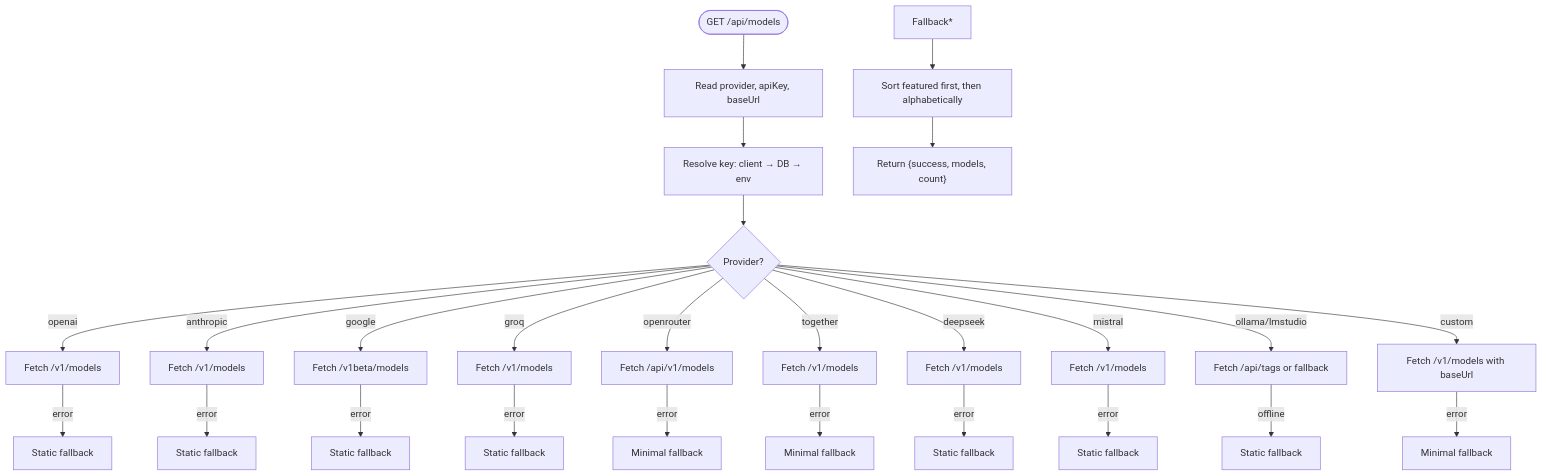
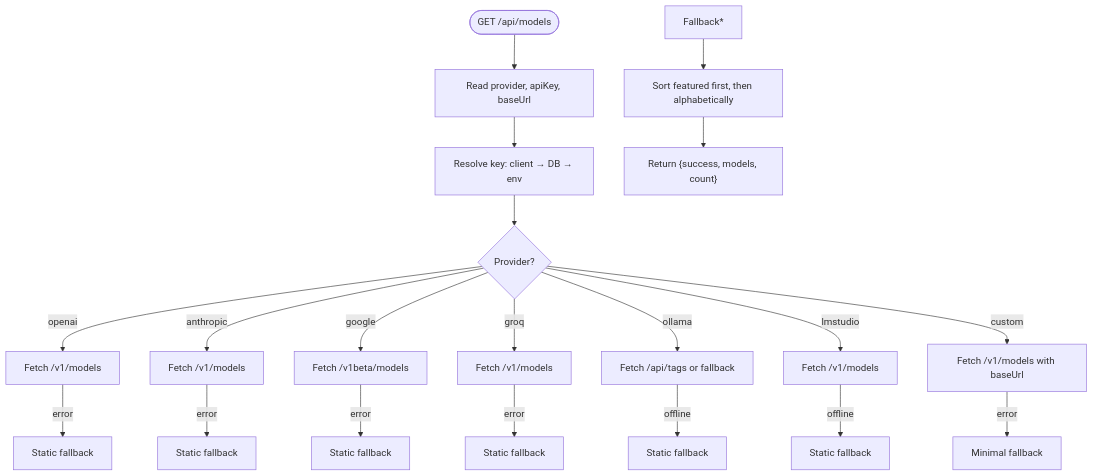
The seventh of 12 diagrams in .qoder/repowiki/en/content/AI Generation Engine/Model Configuration & Selection/Model Configuration & Selection.md (shekhargiri005-dotcom/AI-powered-accessibility-first-UI-engine), drawn with Mermaid before and after one commit. The commit also changed other lines of this file and 9 other files, not shown here.

````diff
--- a/.qoder/repowiki/en/content/AI Generation Engine/Model Configuration & Selection/Model Configuration & Selection.md
+++ b/.qoder/repowiki/en/content/AI Generation Engine/Model Configuration & Selection/Model Configuration & Selection.md
@@ -390,28 +399,22 @@
 ```mermaid
 flowchart TD
 Start(["GET /api/models"]) --> ReadParams["Read provider, apiKey, baseUrl"]
 ReadParams --> ResolveKey["Resolve key: client → DB → env"]
 ResolveKey --> SwitchProvider{"Provider?"}
 SwitchProvider --> |openai| FetchOpenAI["Fetch /v1/models"]
 SwitchProvider --> |anthropic| FetchAnthropic["Fetch /v1/models"]
 SwitchProvider --> |google| FetchGoogle["Fetch /v1beta/models"]
 SwitchProvider --> |groq| FetchGroq["Fetch /v1/models"]
-SwitchProvider --> |openrouter| FetchOpenRouter["Fetch /api/v1/models"]
-SwitchProvider --> |together| FetchTogether["Fetch /v1/models"]
-SwitchProvider --> |deepseek| FetchDeepSeek["Fetch /v1/models"]
-SwitchProvider --> |mistral| FetchMistral["Fetch /v1/models"]
-SwitchProvider --> |ollama/lmstudio| FetchOllama["Fetch /api/tags or fallback"]
+SwitchProvider --> |ollama| FetchOllama["Fetch /api/tags or fallback"]
+SwitchProvider --> |lmstudio| FetchLMStudio["Fetch /v1/models"]
 SwitchProvider --> |custom| FetchCustom["Fetch /v1/models with baseUrl"]
 FetchOpenAI --> |error| FallbackOpenAI["Static fallback"]
 FetchAnthropic --> |error| FallbackAnthropic["Static fallback"]
 FetchGoogle --> |error| FallbackGoogle["Static fallback"]
 FetchGroq --> |error| FallbackGroq["Static fallback"]
-FetchOpenRouter --> |error| FallbackOpenRouter["Minimal fallback"]
-FetchTogether --> |error| FallbackTogether["Minimal fallback"]
-FetchDeepSeek --> |error| FallbackDeepSeek["Static fallback"]
-FetchMistral --> |error| FallbackMistral["Static fallback"]
 FetchOllama --> |offline| FallbackOllama["Static fallback"]
+FetchLMStudio --> |offline| FallbackLMStudio["Static fallback"]
 FetchCustom --> |error| FallbackCustom["Minimal fallback"]
 Fallback* --> Sort["Sort featured first, then alphabetically"]
 Sort --> Return["Return {success, models, count}"]
 ```
````
